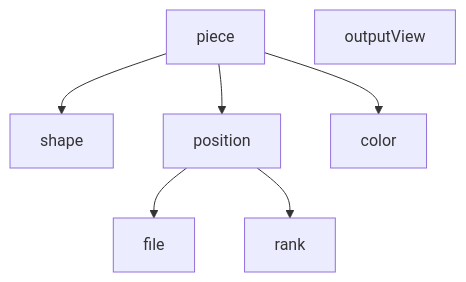
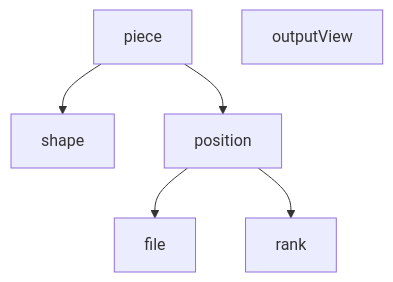
The diagram in README.md (woowacourse/java-chess), drawn with Mermaid before and after one commit. The commit also changed other lines of this file and 4 other files, not shown here.

````diff
--- a/README.md
+++ b/README.md
@@ -11,10 +11,9 @@
 ```mermaid
 graph TD
 A[piece] --> B[shape];
 A[piece] --> C[position];
-A[piece] --> D[color];
 C --> E[file];
 C --> F[rank];
 
 G[outputView]
 ```
````
